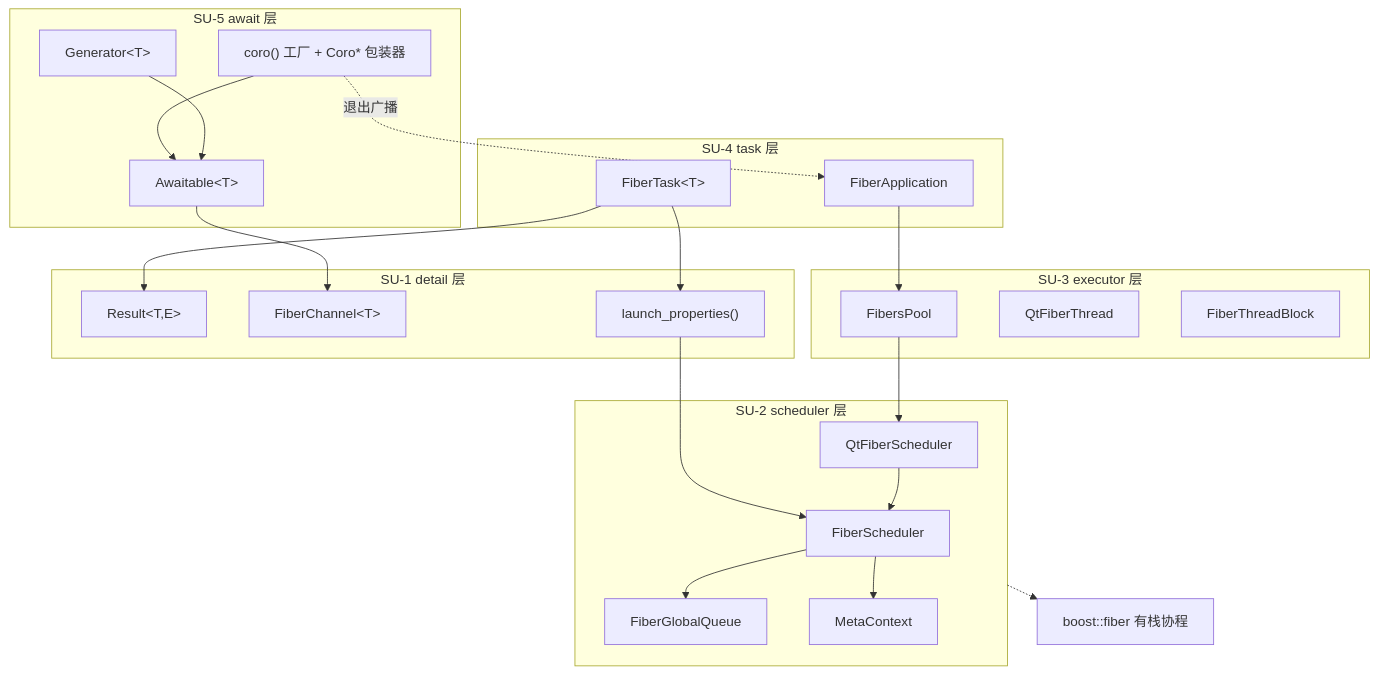
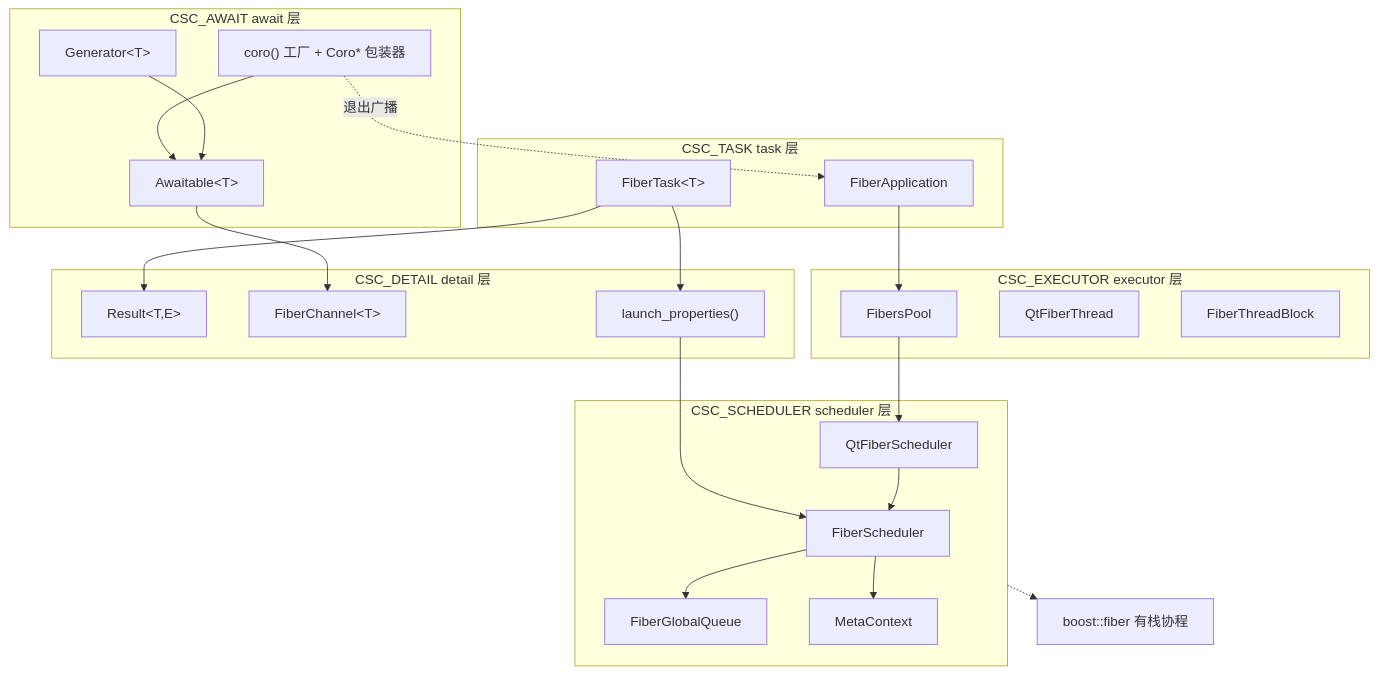
Before and after one commit to Ste7an-cs/AsyncTask: the first of 16 diagrams in doc/软件设计说明.md, drawn with Mermaid. The commit also changed other lines of this file, not shown here.

First line of the commit message:
docs(sdd): 按新模板重新生成软件设计说明，标识符改为 CSC/MS/JK/CSU 体系

````diff
--- a/doc/软件设计说明.md
+++ b/doc/软件设计说明.md
@@ -44,42 +36,42 @@
 ```mermaid
 flowchart TB
-    subgraph SU5["SU-5 await 层"]
+    subgraph AWAIT["CSC_AWAIT await 层"]
         Awaitable["Awaitable&lt;T&gt;"]
         Generator["Generator&lt;T&gt;"]
         coro["coro() 工厂 + Coro* 包装器"]
     end
-    subgraph SU4["SU-4 task 层"]
+    subgraph TASK["CSC_TASK task 层"]
         FiberTask["FiberTask&lt;T&gt;"]
         FiberApplication
     end
-    subgraph SU3["SU-3 executor 层"]
+    subgraph EXECUTOR["CSC_EXECUTOR executor 层"]
         FibersPool
         QtFiberThread
         FiberThreadBlock
     end
-    subgraph SU2["SU-2 scheduler 层"]
+    subgraph SCHEDULER["CSC_SCHEDULER scheduler 层"]
         FiberScheduler
         QtFiberScheduler
         FiberGlobalQueue
         MetaContext
     end
-    subgraph SU1["SU-1 detail 层"]
+    subgraph DETAIL["CSC_DETAIL detail 层"]
         Result["Result&lt;T,E&gt;"]
         FiberChannel["FiberChannel&lt;T&gt;"]
         launch["launch_properties()"]
     end
 
     coro --> Awaitable
     Generator --> Awaitable
     Awaitable --> FiberChannel
     coro -.退出广播.-> FiberApplication
     FiberTask --> Result
     FiberTask --> launch
     FiberApplication --> FibersPool
     launch --> FiberScheduler
     FibersPool --> QtFiberScheduler
     QtFiberScheduler --> FiberScheduler
     FiberScheduler --> FiberGlobalQueue
     FiberScheduler --> MetaContext
-    SU2 -.-> boost["boost::fiber 有栈协程"]
+    SCHEDULER -.-> boost["boost::fiber 有栈协程"]
 ```
````
